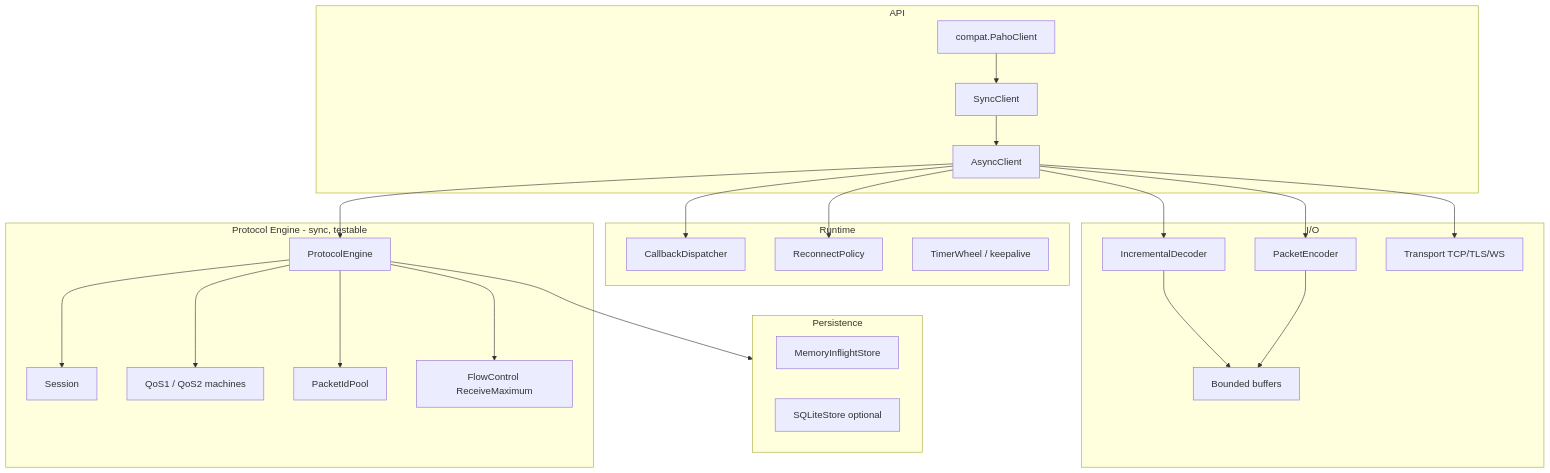
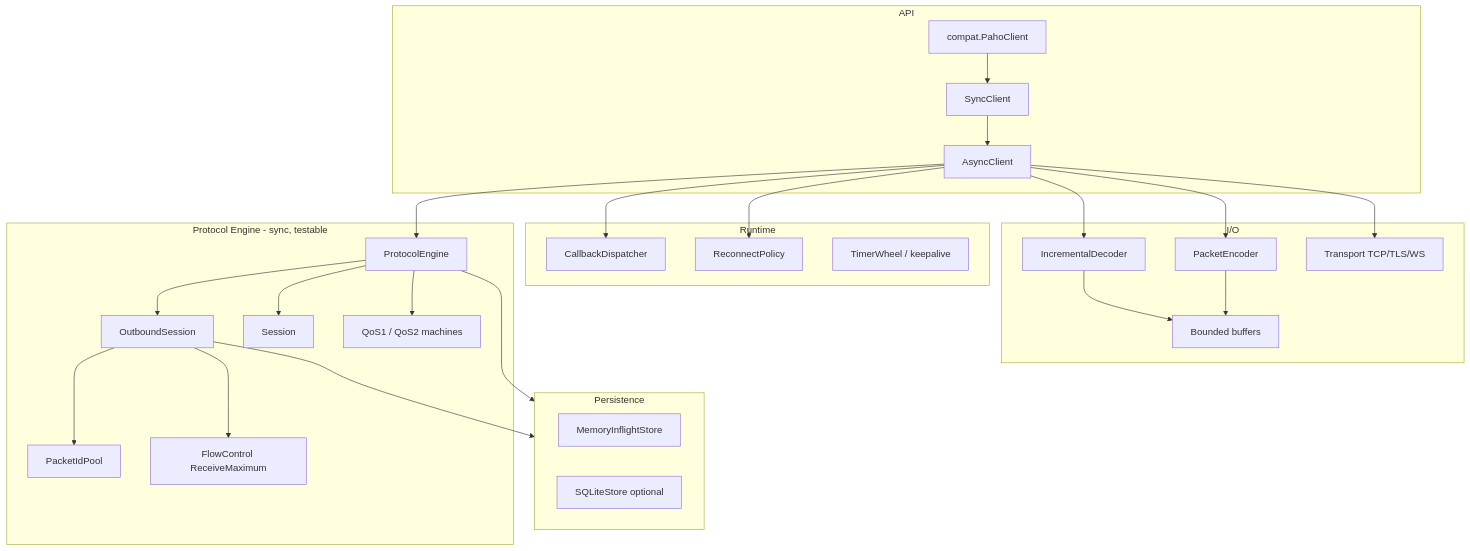
The diagram in docs/DESIGN.md (yoch/mqttium), drawn with Mermaid before and after one commit. The commit also changed other lines of this file and 9 other files, not shown here.

````diff
--- a/docs/DESIGN.md
+++ b/docs/DESIGN.md
@@ -22,50 +22,53 @@
 ```mermaid
 flowchart TB
   subgraph api [API]
     AC[AsyncClient]
     SC[SyncClient]
     PC[compat.PahoClient]
   end
 
   subgraph runtime [Runtime]
     CD[CallbackDispatcher]
     RP[ReconnectPolicy]
     TM[TimerWheel / keepalive]
   end
 
   subgraph engine [Protocol Engine - sync, testable]
     PE[ProtocolEngine]
+    OUT[OutboundSession]
     SES[Session]
     QOS[QoS1 / QoS2 machines]
     PID[PacketIdPool]
     FC[FlowControl ReceiveMaximum]
   end
 
   subgraph io [I/O]
     DEC[IncrementalDecoder]
     ENC[PacketEncoder]
     TR[Transport TCP/TLS/WS]
     BUF[Bounded buffers]
   end
 
   subgraph store [Persistence]
     MEM[MemoryInflightStore]
     SQL[SQLiteStore optional]
   end
 
   AC --> PE
   SC --> AC
   PC --> SC
   AC --> CD
   AC --> RP
+  PE --> OUT
   PE --> SES
   PE --> QOS
-  PE --> PID
-  PE --> FC
+  OUT --> PID
+  OUT --> FC
+  OUT --> store
   PE --> store
   AC --> DEC
   AC --> ENC
   AC --> TR
   DEC --> BUF
   ENC --> BUF
 ```
````
